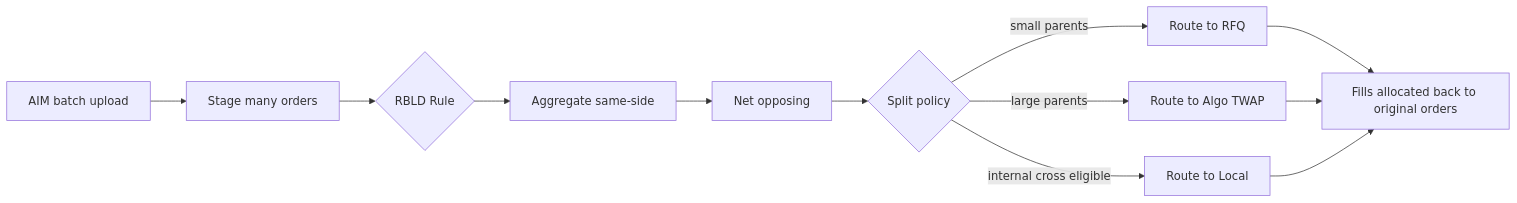
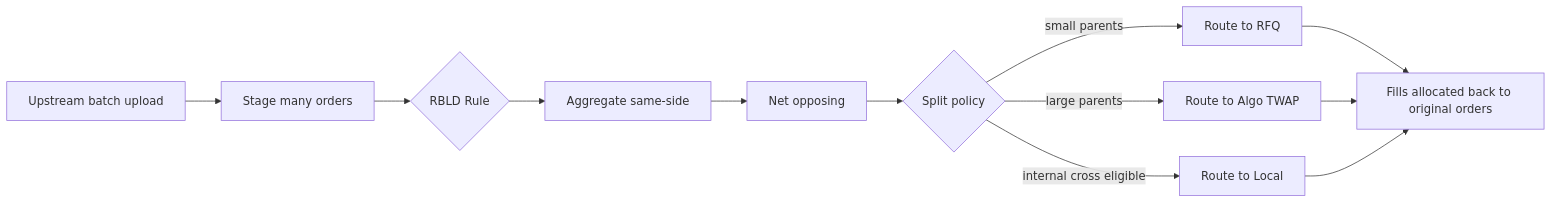
The diagram in 20_workflows/routing/fx-automation-rbld.md (yksi7417/cross_asset_ems), drawn with Mermaid before and after one commit. The commit also changed other lines of this file and 26 other files, not shown here.

````diff
--- a/20_workflows/routing/fx-automation-rbld.md
+++ b/20_workflows/routing/fx-automation-rbld.md
@@ -31,14 +31,14 @@
 ```mermaid
 flowchart LR
-  AIM[AIM batch upload] --> S[Stage many orders]
+  OMS[Upstream batch upload] --> S[Stage many orders]
   S --> A{RBLD Rule}
   A --> AG[Aggregate same-side]
   AG --> NT[Net opposing]
   NT --> SP{Split policy}
   SP -->|small parents| R1[Route to RFQ]
   SP -->|large parents| R2[Route to Algo TWAP]
   SP -->|internal cross eligible| R3[Route to Local]
   R1 --> F[Fills allocated back to original orders]
   R2 --> F
   R3 --> F
 ```
````
